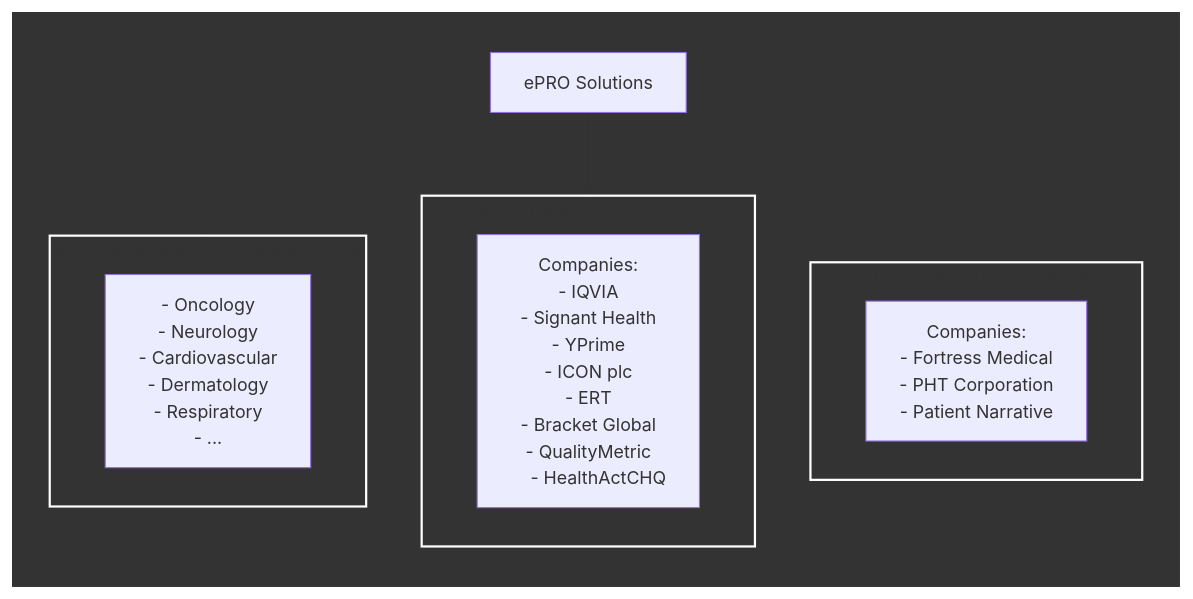
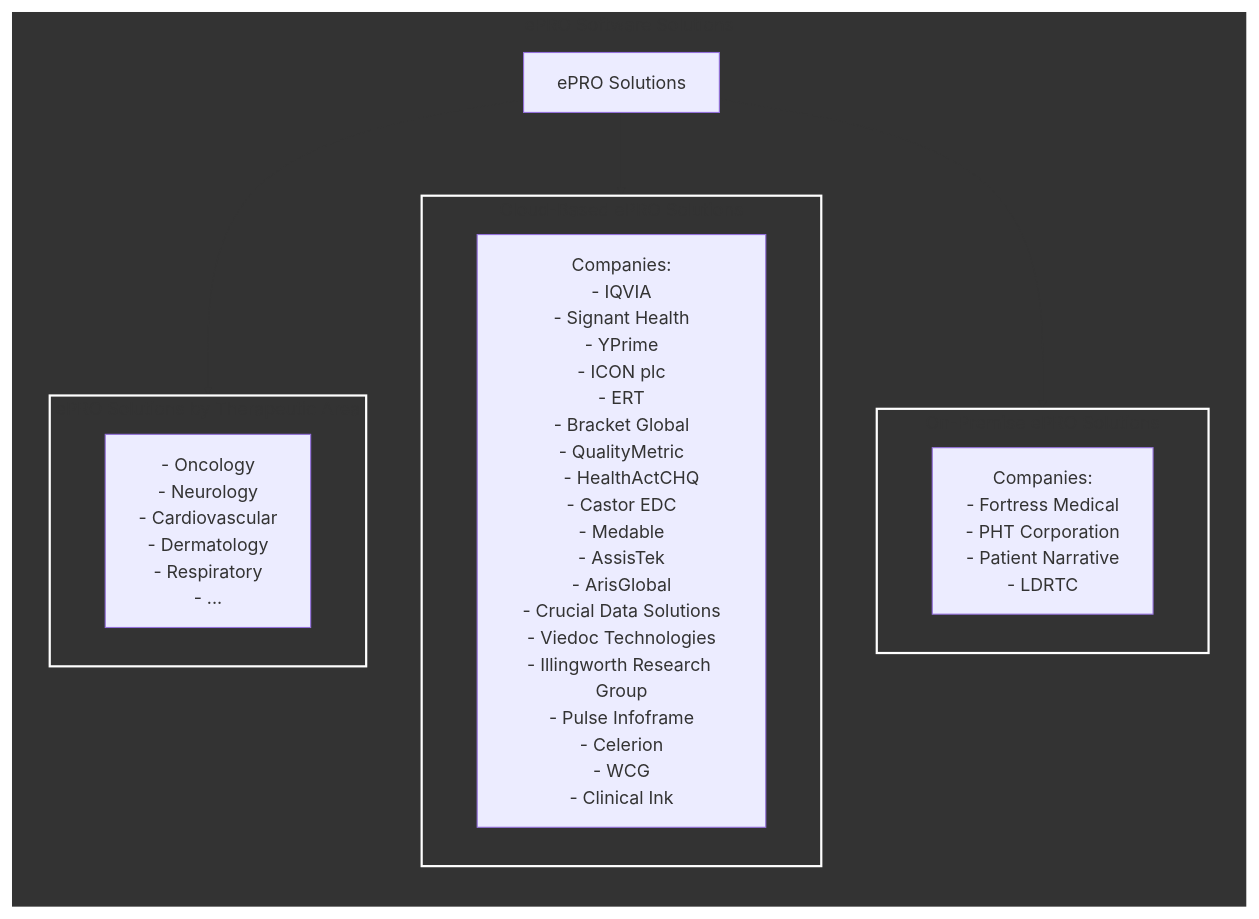
One commit to rstellar/ePRO-Market-Map changed the diagram in README.md. Above: the diagram before and after it, drawn with Mermaid.

````diff
--- a/README.md
+++ b/README.md
@@ -2,26 +2,26 @@
 ```mermaid
 graph TB
     subgraph ePRO [ePRO Software Solutions]
         direction TB
         ePROSolutions[ePRO Solutions]
         
         subgraph CloudBased[Cloud-Based ePRO Solutions]
-            CloudCompanies[Companies:<br>- IQVIA<br>- Signant Health<br>- YPrime<br>- ICON plc<br>- ERT<br>- Bracket Global<br>- QualityMetric<br>&nbsp;&nbsp;&nbsp;&nbsp;- HealthActCHQ]
+            CloudCompanies[Companies:<br>- IQVIA<br>- Signant Health<br>- YPrime<br>- ICON plc<br>- ERT<br>- Bracket Global<br>- QualityMetric<br>&nbsp;&nbsp;&nbsp;&nbsp;- HealthActCHQ<br>- Castor EDC<br>- Medable<br>- AssisTek<br>- ArisGlobal<br>- Crucial Data Solutions<br>- Viedoc Technologies<br>- Illingworth Research Group<br>- Pulse Infoframe<br>- Celerion<br>- WCG<br>- Clinical Ink]
         end
 
         subgraph OnPremise[On-Premise ePRO Solutions]
-            OnPremiseCompanies[Companies:<br>- Fortress Medical<br>- PHT Corporation<br>- Patient Narrative]
+            OnPremiseCompanies[Companies:<br>- Fortress Medical<br>- PHT Corporation<br>- Patient Narrative<br>- LDRTC]
         end
 
         subgraph TherapeuticArea[ePRO Solutions by Therapeutic Area]
             Areas[- Oncology<br>- Neurology<br>- Cardiovascular<br>- Dermatology<br>- Respiratory<br>- ...]
         end
 
         ePROSolutions --> CloudBased
         ePROSolutions --> OnPremise
         ePROSolutions --> TherapeuticArea
     end
 
     classDef boxStyle stroke:#ffffff,stroke-width:2px,fill:#333333;
     class ePRO,CloudBased,OnPremise,TherapeuticArea boxStyle;
 ```
````
